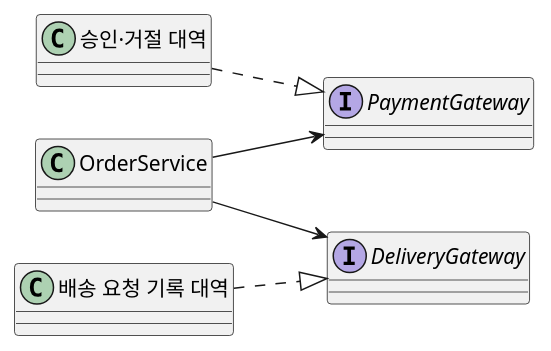
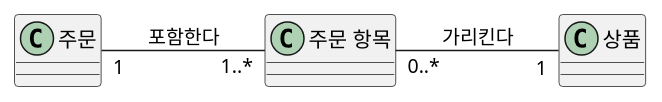
The second of 4 diagrams in courses/ai-native/sessions/s04.md (YoungSan77/TrainingMaterials), drawn with PlantUML before and after one commit. The commit also changed other lines of this file and 286 other files, not shown here.

````diff
--- a/courses/ai-native/sessions/s04.md
+++ b/courses/ai-native/sessions/s04.md
@@ -349,14 +308,10 @@
 ```plantuml:class
 @startuml
 left to right direction
-class OrderService
-interface PaymentGateway
-interface DeliveryGateway
-class "승인·거절 대역" as PaymentDouble
-class "배송 요청 기록 대역" as DeliveryDouble
-OrderService --> PaymentGateway
-OrderService --> DeliveryGateway
-PaymentDouble ..|> PaymentGateway
-DeliveryDouble ..|> DeliveryGateway
+class "주문" as Order
+class "주문 항목" as OrderItem
+class "상품" as Product
+Order "1" -- "1..*" OrderItem : 포함한다
+OrderItem "0..*" -- "1" Product : 가리킨다
 @enduml
 ```
````
